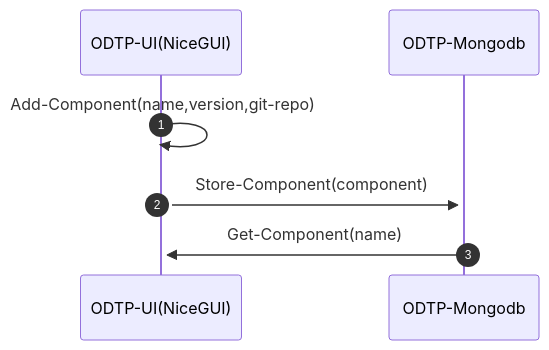
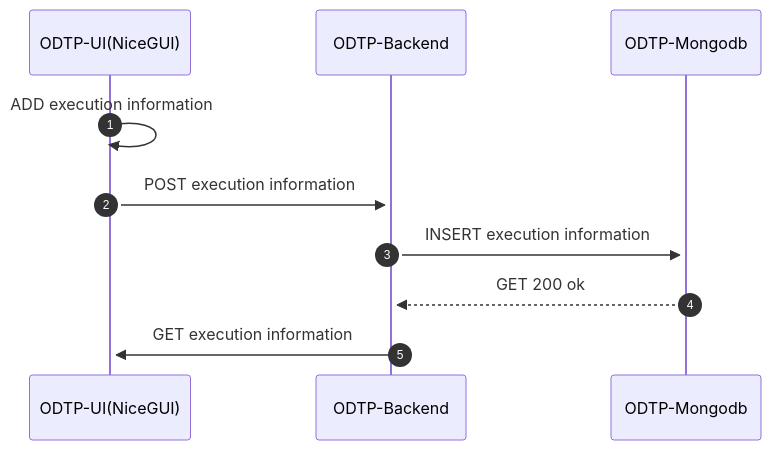
One commit to odtp-org/odtp-manuals changed the fourth of 6 diagrams in docs/odtp_diagrams.md. Above: the diagram before and after it, drawn with Mermaid. The commit also changed other lines of this file, not shown here.

Commit message:
update sequence diagram

````diff
--- a/docs/odtp_diagrams.md
+++ b/docs/odtp_diagrams.md
@@ -55,7 +58,9 @@
 ``` mermaid
 sequenceDiagram
   autonumber
-   ODTP-UI(NiceGUI)->>+ODTP-UI(NiceGUI): Add-Component(name,version,git-repo)
-   ODTP-UI(NiceGUI)->>+ODTP-Mongodb: Store-Component(component)
-   ODTP-Mongodb->>+ODTP-UI(NiceGUI): Get-Component(name)
+   ODTP-UI(NiceGUI)->>+ODTP-UI(NiceGUI): ADD execution information
+   ODTP-UI(NiceGUI)->>+ODTP-Backend: POST execution information
+   ODTP-Backend->>+ODTP-Mongodb: INSERT execution information
+   ODTP-Mongodb-->>+ODTP-Backend: GET 200 ok
+   ODTP-Backend->>+ODTP-UI(NiceGUI): GET execution information
 ```
````
